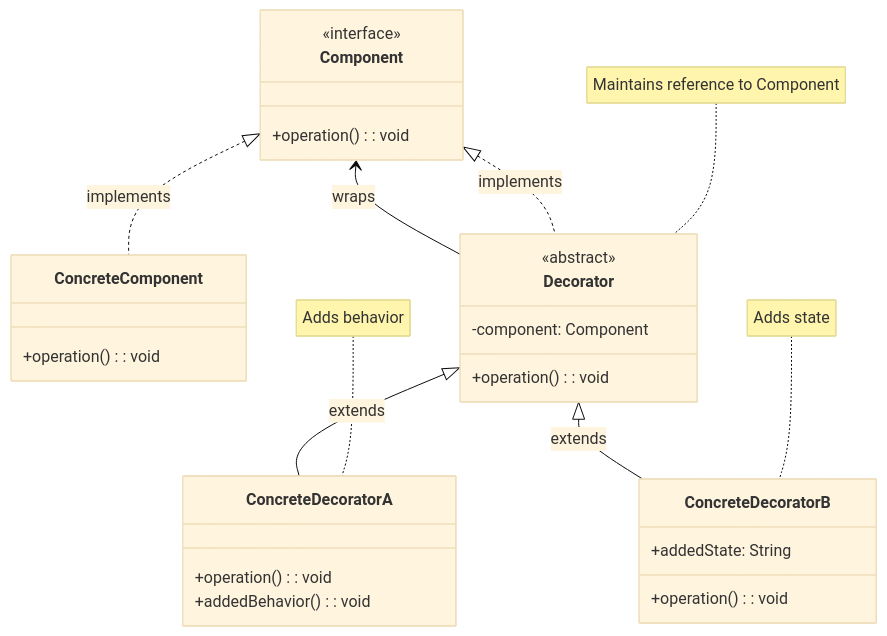
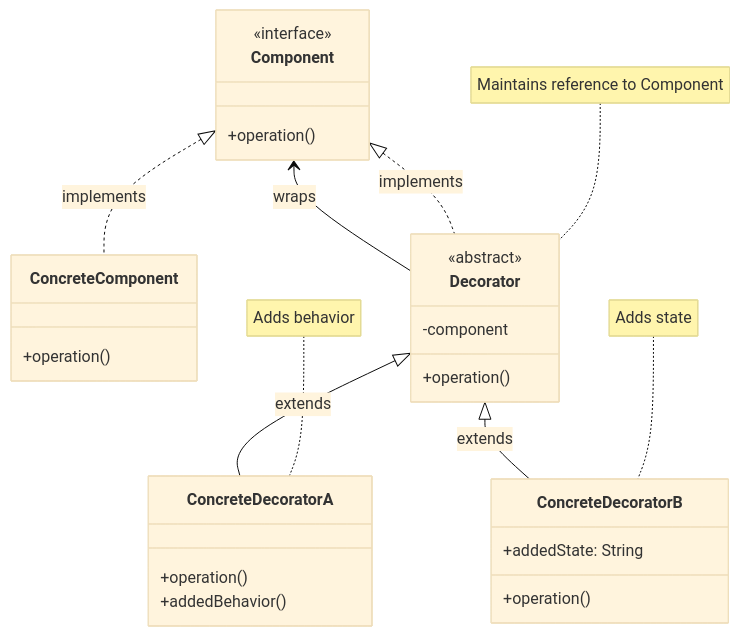
One commit to fanly/DesignPattern changed the first of 3 diagrams in resources/design-patterns/laravel/structural/decorator_en.md. Above: the diagram before and after it, drawn with Mermaid (base theme). The commit also changed 103 other files, not shown here.

````diff
--- a/resources/design-patterns/laravel/structural/decorator_en.md
+++ b/resources/design-patterns/laravel/structural/decorator_en.md
@@ -11,37 +11,37 @@
 ```mermaid
 classDiagram
     class Component {
         <<interface>>
-        +operation(): void
+        +operation()
     }
     
     class ConcreteComponent {
-        +operation(): void
+        +operation()
     }
     
     class Decorator {
         <<abstract>>
-        -component: Component
-        +operation(): void
+        -component
+        +operation()
     }
     
     class ConcreteDecoratorA {
-        +operation(): void
-        +addedBehavior(): void
+        +operation()
+        +addedBehavior()
     }
     
     class ConcreteDecoratorB {
-        +operation(): void
+        +operation()
         +addedState: String
     }
     
     Component <|.. ConcreteComponent : implements
     Component <|.. Decorator : implements
     Decorator <|-- ConcreteDecoratorA : extends
     Decorator <|-- ConcreteDecoratorB : extends
     Decorator --> Component : wraps
     
     note for Decorator "Maintains reference to Component"
     note for ConcreteDecoratorA "Adds behavior"
     note for ConcreteDecoratorB "Adds state"
 ```
````
